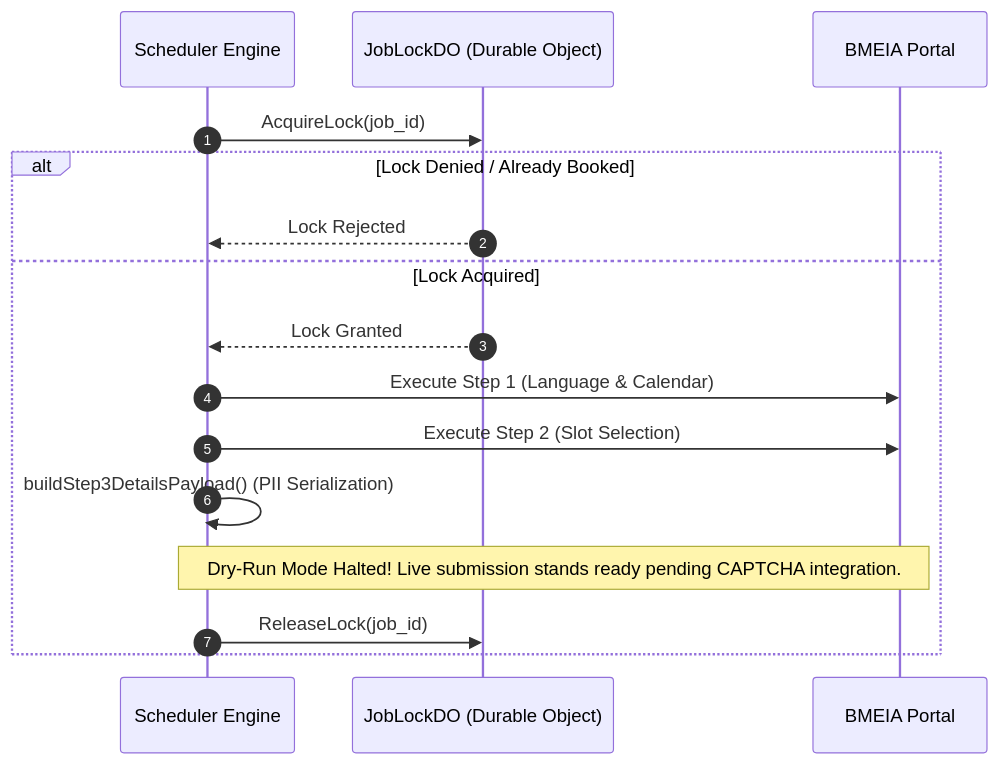
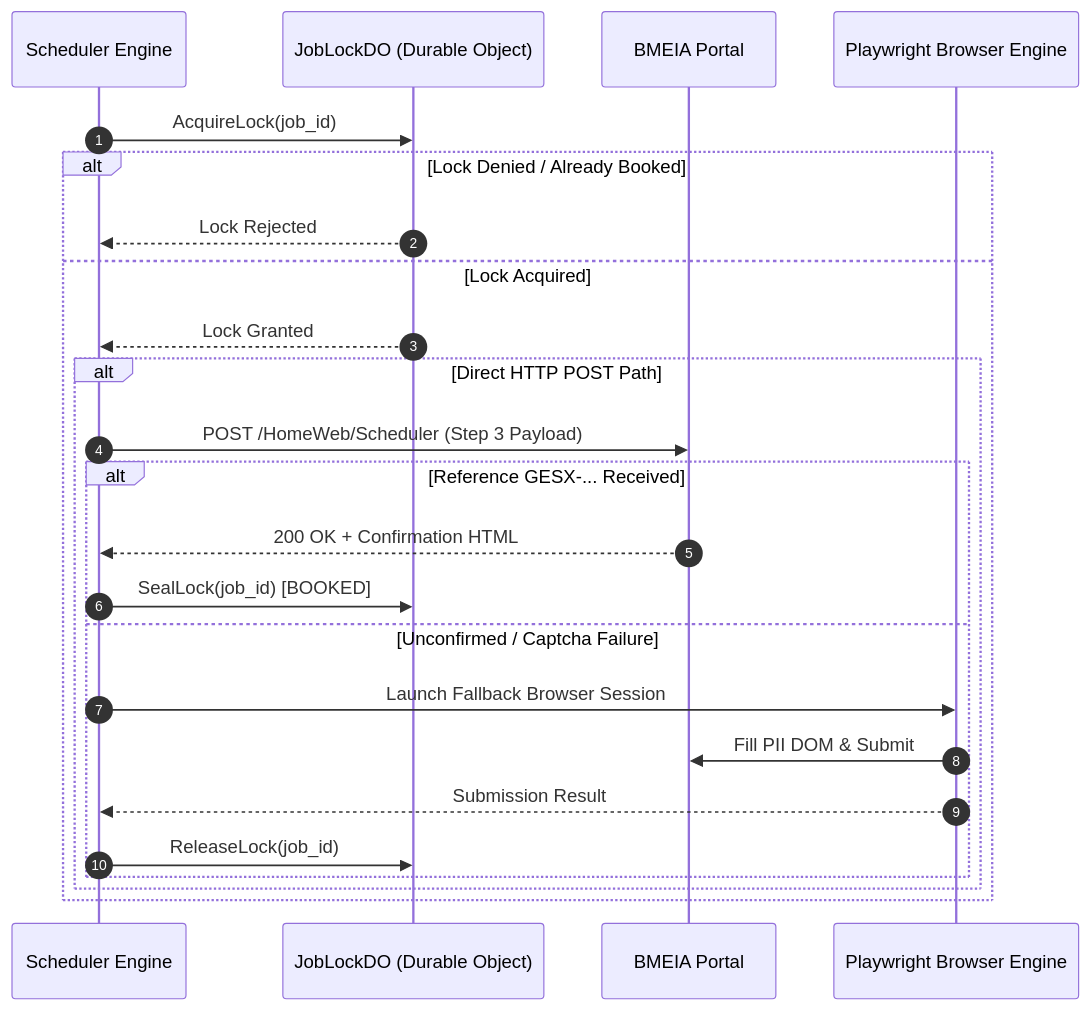
One commit to abdulsamed1/aegisflow changed the third of 3 diagrams in docs/architecture.md. Above: the diagram before and after it, drawn with Mermaid. The commit also changed other lines of this file and 11 other files, not shown here.

Commit message:
feat: implement direct HTTP booking flow with Playwright fallback, session caching, and multi-factor API authentication.

````diff
--- a/docs/architecture.md
+++ b/docs/architecture.md
@@ -182,19 +182,27 @@
 ```mermaid
 sequenceDiagram
     autonumber
     participant Sched as Scheduler Engine
     participant DO as JobLockDO (Durable Object)
     participant BMEIA as BMEIA Portal
+    participant PW as Playwright Browser Engine
 
     Sched->>DO: AcquireLock(job_id)
     alt Lock Denied / Already Booked
         DO-->>Sched: Lock Rejected
     else Lock Acquired
         DO-->>Sched: Lock Granted
-        Sched->>BMEIA: Execute Step 1 (Language & Calendar)
-        Sched->>BMEIA: Execute Step 2 (Slot Selection)
-        Sched->>Sched: buildStep3DetailsPayload() (PII Serialization)
-        Note over Sched,BMEIA: Dry-Run Mode Halted! Live submission stands ready pending CAPTCHA integration.
-        Sched->>DO: ReleaseLock(job_id)
+        alt Direct HTTP POST Path
+            Sched->>BMEIA: POST /HomeWeb/Scheduler (Step 3 Payload)
+            alt Reference GESX-... Received
+                BMEIA-->>Sched: 200 OK + Confirmation HTML
+                Sched->>DO: SealLock(job_id) [BOOKED]
+            else Unconfirmed / Captcha Failure
+                Sched->>PW: Launch Fallback Browser Session
+                PW->>BMEIA: Fill PII DOM & Submit
+                PW-->>Sched: Submission Result
+                Sched->>DO: ReleaseLock(job_id)
+            end
+        end
     end
 ```
````
